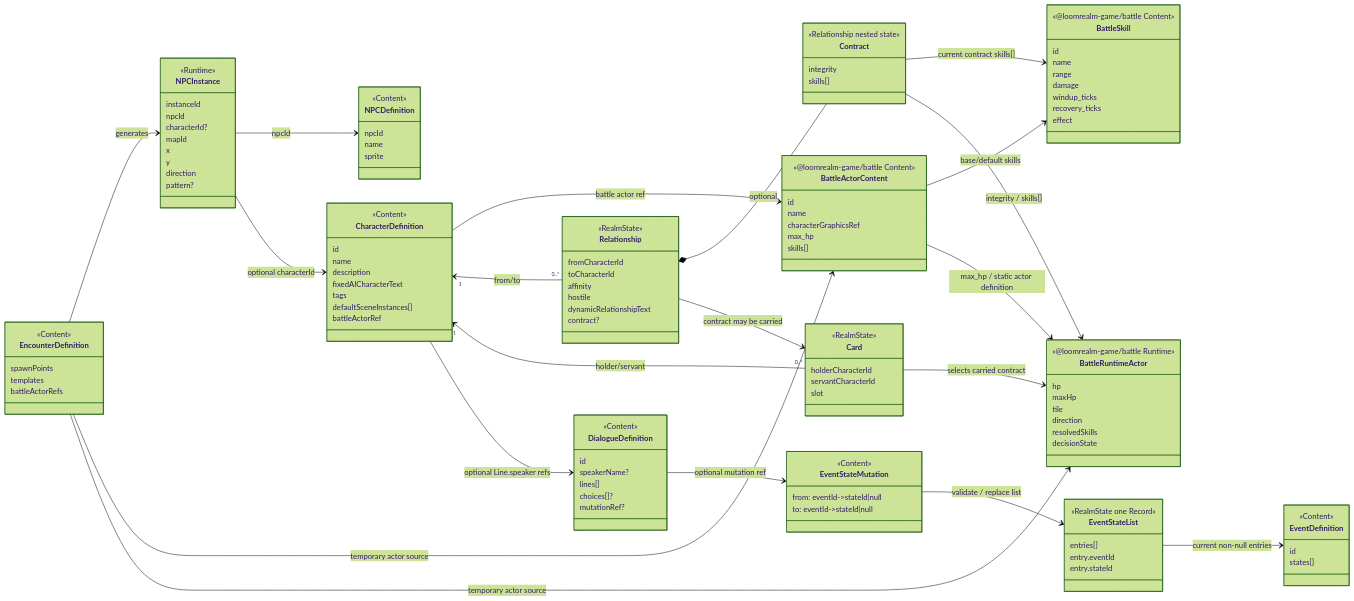
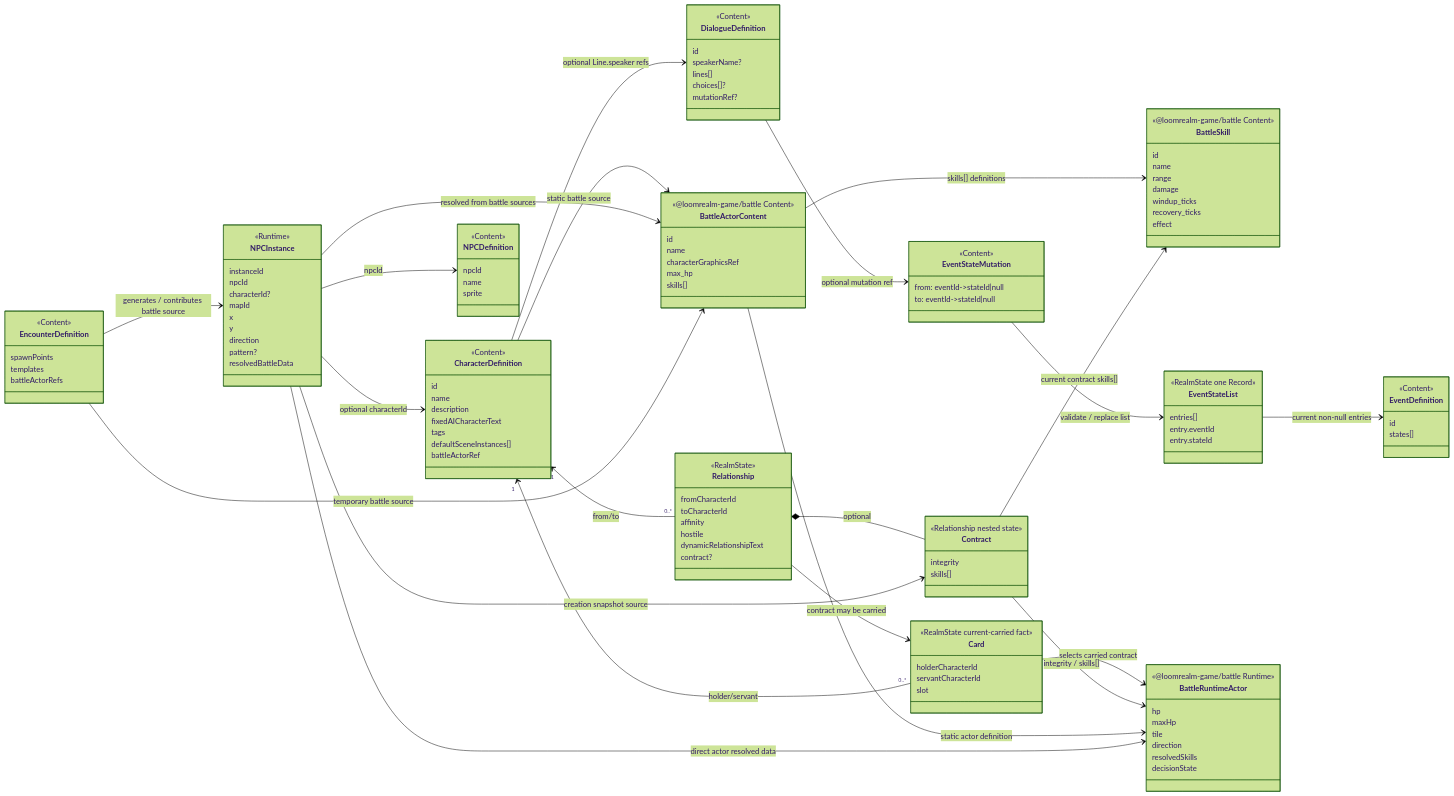
One commit to lithdoo/loom-realm changed the first of 8 diagrams in examples/PokeMan/doc/65-data-model-diagram.md. Above: the diagram before and after it, drawn with Mermaid (forest theme). The commit also changed other lines of this file, not shown here.

````diff
--- a/examples/PokeMan/doc/65-data-model-diagram.md
+++ b/examples/PokeMan/doc/65-data-model-diagram.md
@@ -56,7 +56,7 @@
     }
 
     class Card {
-      <<RealmState>>
+      <<RealmState current-carried fact>>
       holderCharacterId
       servantCharacterId
       slot
@@ -79,6 +79,7 @@
       y
       direction
       pattern?
+      resolvedBattleData
     }
 
     class DialogueDefinition {
@@ -126,8 +127,8 @@
       decisionState
     }
 
-    CharacterDefinition --> BattleActorContent : battle actor ref
-    BattleActorContent --> BattleSkill : base/default skills
+    CharacterDefinition --> BattleActorContent : static battle source
+    BattleActorContent --> BattleSkill : skills[] definitions
 
     CharacterDefinition "1" <-- "0..*" Relationship : from/to
     Relationship *-- Contract : optional
@@ -138,6 +139,7 @@
 
     NPCInstance --> NPCDefinition : npcId
     NPCInstance --> CharacterDefinition : optional characterId
+    NPCInstance --> BattleActorContent : resolved from battle sources
 
     CharacterDefinition --> DialogueDefinition : optional Line.speaker refs
     DialogueDefinition --> EventStateMutation : optional mutation ref
@@ -145,11 +147,12 @@
     EventStateList --> EventDefinition : current non-null entries
     EventStateMutation --> EventStateList : validate / replace list
 
-    EncounterDefinition --> NPCInstance : generates
-    EncounterDefinition --> BattleActorContent : temporary actor source
+    EncounterDefinition --> NPCInstance : generates / contributes battle source
+    EncounterDefinition --> BattleActorContent : temporary battle source
 
+    NPCInstance --> Contract : creation snapshot source
     Card --> BattleRuntimeActor : selects carried contract
     Contract --> BattleRuntimeActor : integrity / skills[]
-    BattleActorContent --> BattleRuntimeActor : max_hp / static actor definition
-    EncounterDefinition --> BattleRuntimeActor : temporary actor source
+    BattleActorContent --> BattleRuntimeActor : static actor definition
+    NPCInstance --> BattleRuntimeActor : direct actor resolved data
 ```
````
